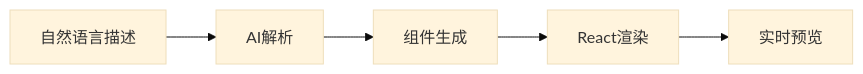
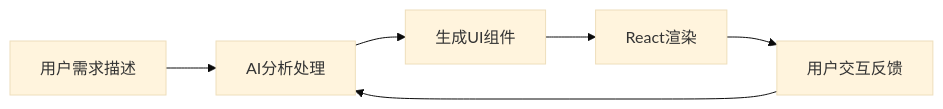
Before and after one commit to wayyoungboy/github-trending-reporter: the third of 8 diagrams in reports/2026/01/2026-01-22.md, drawn with Mermaid (base theme). The commit also changed other lines of this file and 1 other file, not shown here.

````diff
--- a/reports/2026/01/2026-01-22.md
+++ b/reports/2026/01/2026-01-22.md
@@ -157,7 +163,8 @@
 ```mermaid
 graph LR
-    A[自然语言描述] --> B[AI解析]
-    B --> C[组件生成]
+    A[用户需求描述] --> B[AI分析处理]
+    B --> C[生成UI组件]
     C --> D[React渲染]
-    D --> E[实时预览]
+    D --> E[用户交互反馈]
+    E --> B
 ```
````
